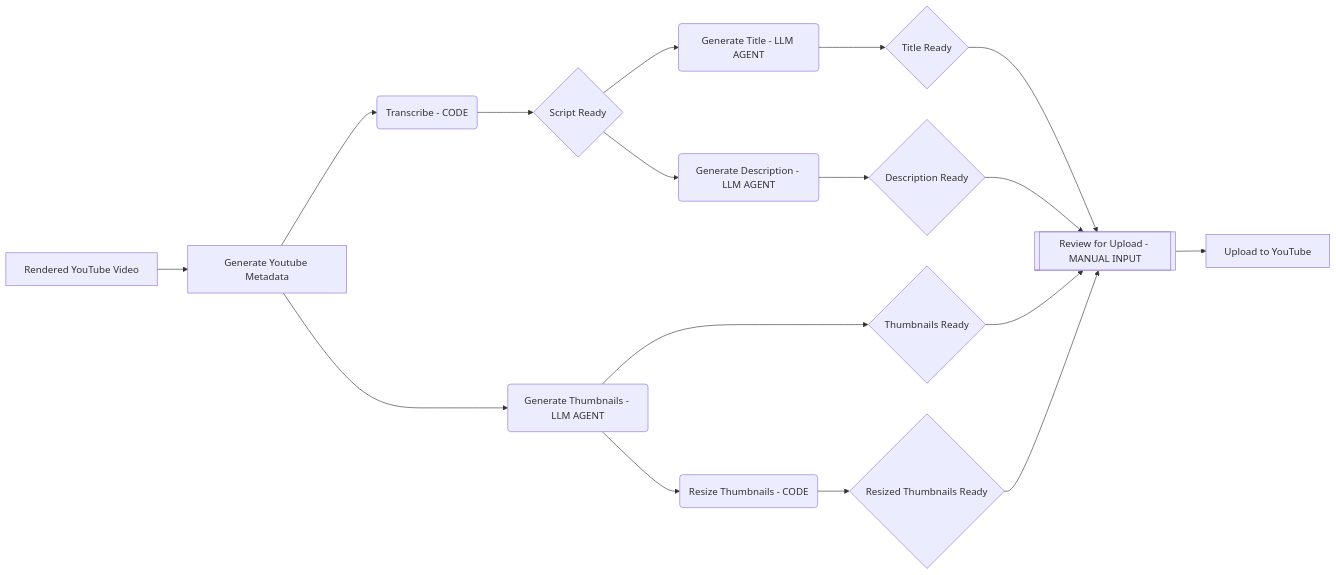
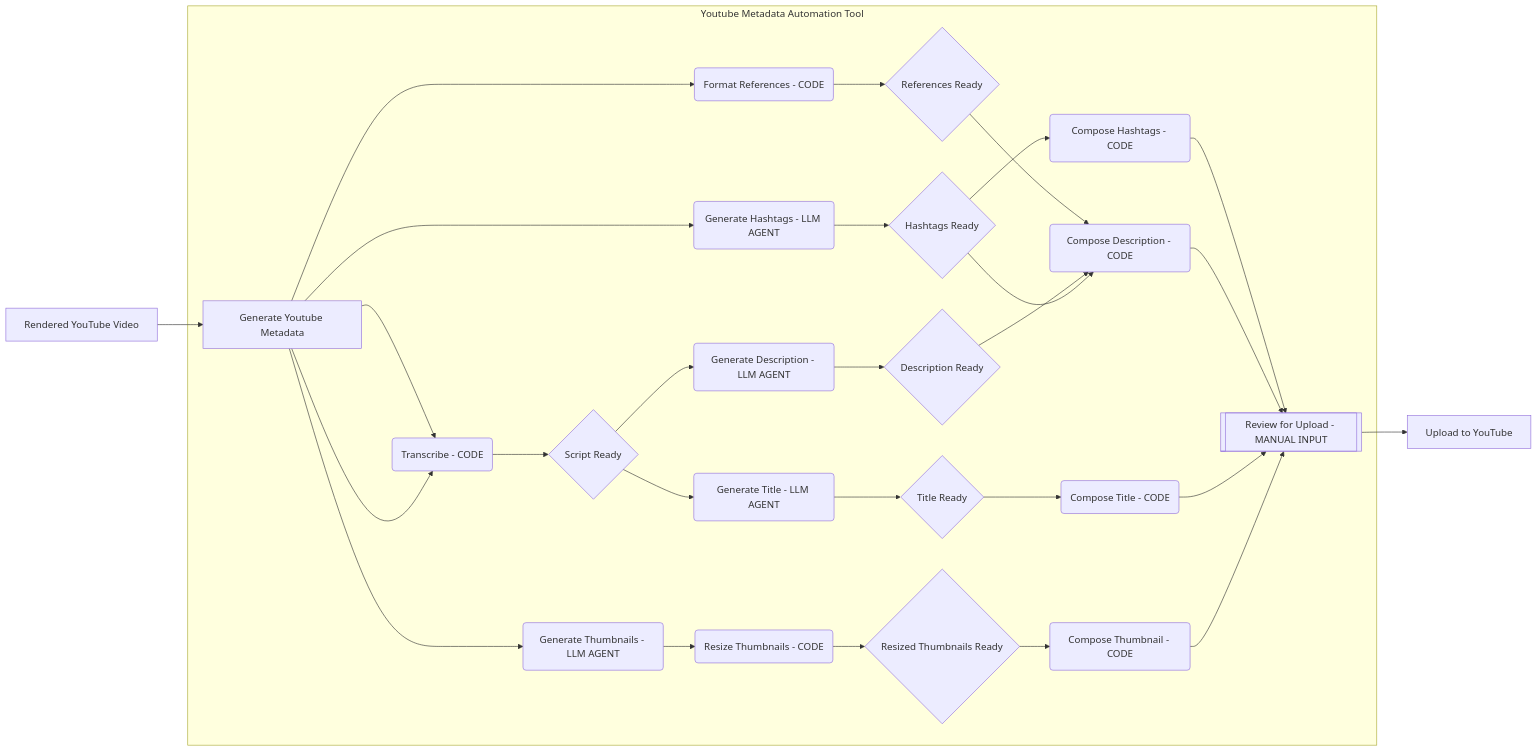
The diagram in README.md (disler/indydevtools), drawn with Mermaid before and after one commit. The commit also changed other lines of this file and 8 other files, not shown here.

````diff
--- a/README.md
+++ b/README.md
@@ -202,21 +222,56 @@
-```mermaid CURRENT GRAPH
+```mermaid 
 graph LR
-    Z[Rendered YouTube Video] --> A[Generate Youtube Metadata]
+Z[Rendered YouTube Video]
+
+subgraph Youtube Metadata Automation Tool
+    A[Generate Youtube Metadata]
     B(Transcribe - CODE)
-    B --> C{Script Ready}
-    C --> D(Generate Title - LLM AGENT)
-    C --> E(Generate Description - LLM AGENT)
-    A --> F(Generate Thumbnails - LLM AGENT)
-    F --> G(Resize Thumbnails - CODE)
-    A --> B
-    D -->  H{Title Ready}
-    E --> I{Description Ready}
-    F --> J{Thumbnails Ready}
-    G --> K{Resized Thumbnails Ready}
+    C{Script Ready}
+    D(Generate Title - LLM AGENT)
+    E(Generate Description - LLM AGENT)
+    F(Generate Thumbnails - LLM AGENT)
+    G(Resize Thumbnails - CODE)
+    H{Title Ready}
+    I{Description Ready}
+    K{Resized Thumbnails Ready}
     L[[Review for Upload - MANUAL INPUT]]
-    H --> L
-    I --> L
-    J --> L
-    K --> L
-    L --> M[Upload to YouTube]
+    N(Format References - CODE)
+    O{References Ready}
+    P(Generate Hashtags - LLM AGENT)
+    Q{Hashtags Ready}
+    R(Compose Hashtags - CODE)
+    S(Compose Description - CODE)
+    T(Compose Title - CODE)
+    U(Compose Thumbnail - CODE)
+end
+
+M[Upload to YouTube]
+
+Z --> A
+A --> B
+B --> C
+C --> D
+C --> E
+A --> F
+F --> G
+A --> B
+D --> H
+E --> I
+G --> K
+L --> M
+A --> N
+N --> O
+A --> P
+P --> Q
+O --> S
+R --> L
+S --> L
+T --> L
+U --> L
+I --> S
+H --> T
+K --> U
+Q --> R
+Q --> S
+
 ```
````
